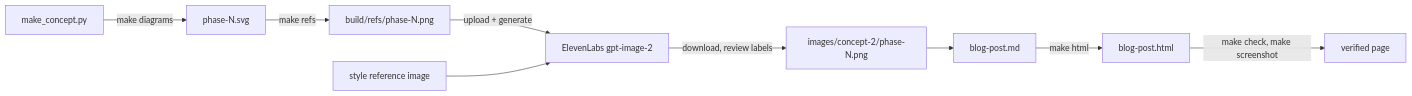
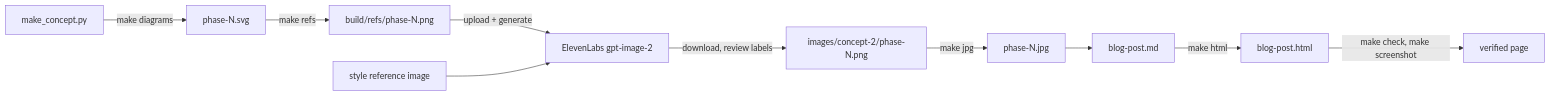
One commit to epatel/ai-phases changed the diagram in cards/architecture.md. Above: the diagram before and after it, drawn with Mermaid. The commit also changed other lines of this file and 15 other files, not shown here.

````diff
--- a/cards/architecture.md
+++ b/cards/architecture.md
@@ -25,11 +27,12 @@
 ```mermaid
 flowchart LR
   A[make_concept.py] -->|make diagrams| B[phase-N.svg]
   B -->|make refs| C[build/refs/phase-N.png]
   C -->|upload + generate| D[ElevenLabs gpt-image-2]
   S[style reference image] --> D
   D -->|download, review labels| E[images/concept-2/phase-N.png]
-  E --> F[blog-post.md]
+  E -->|make jpg| J[phase-N.jpg]
+  J --> F[blog-post.md]
   F -->|make html| H[blog-post.html]
   H -->|make check, make screenshot| G[verified page]
 ```
````
